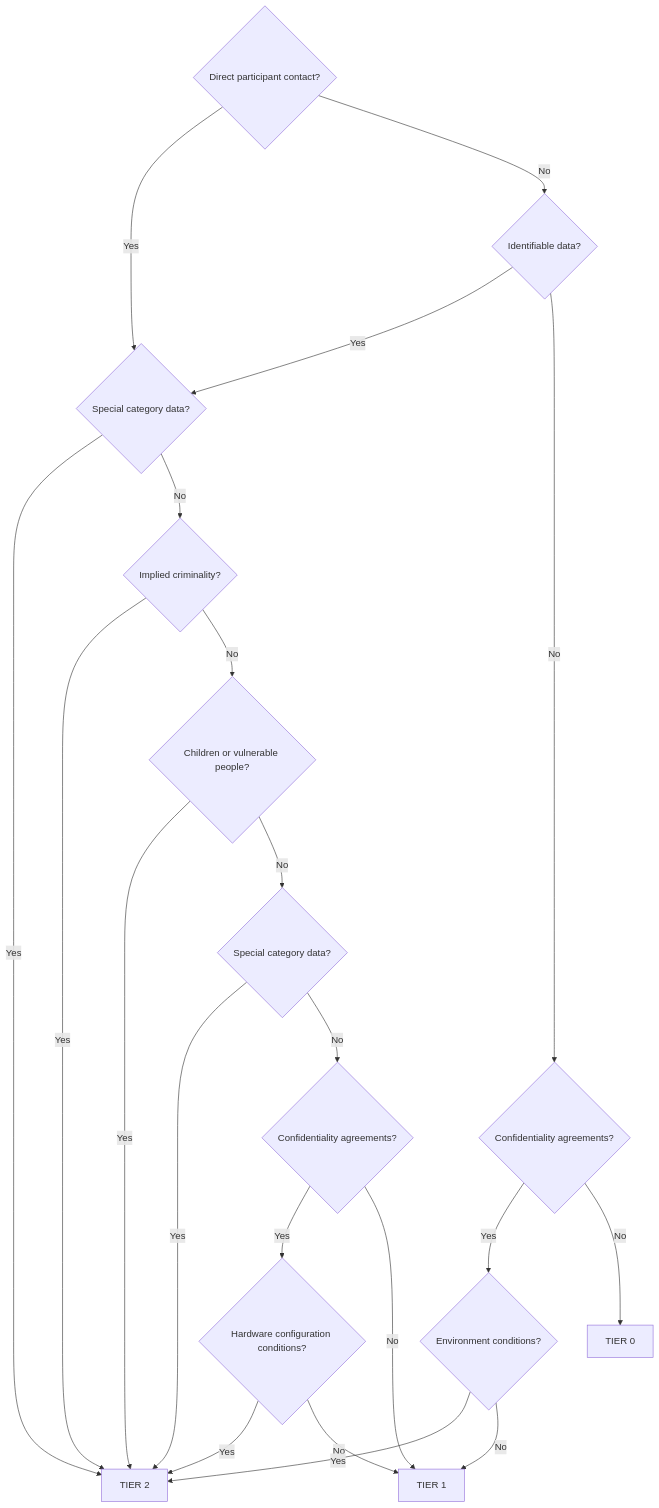
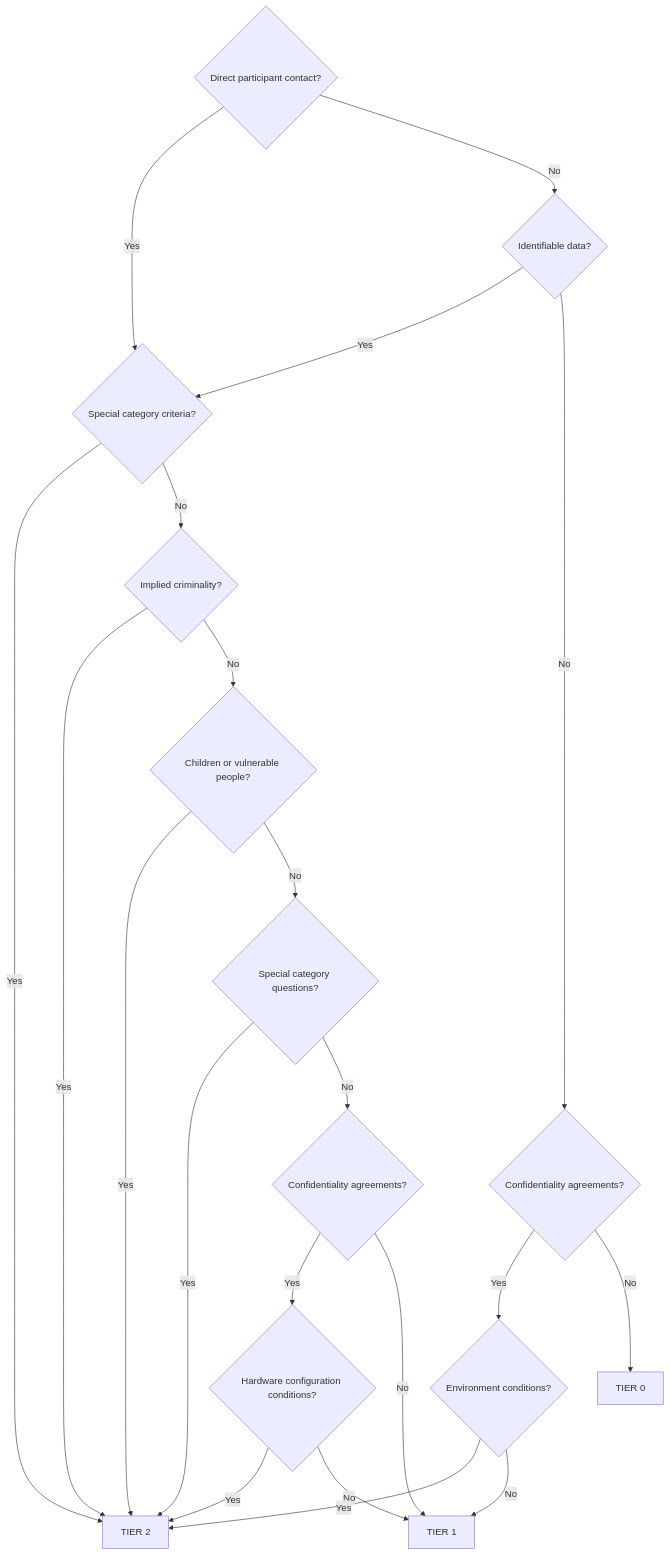
One commit to UCL-RITS/anonymisation-guidance changed the diagram in README.md. Above: the diagram before and after it, drawn with Mermaid.

Commit message:
Updates flowchart

````diff
--- a/README.md
+++ b/README.md
@@ -2,34 +2,34 @@
 ```mermaid
 flowchart TD
 
 	A{Direct participant contact?};
-	A -- Yes --> C{Special category data?};
+	A -- Yes --> C{Special category criteria?};
 	A -- No --> B{Identifiable data?};
 	B{Identifiable data?};
-	B -- Yes --> C{Special category data?};
+	B -- Yes --> C{Special category criteria?};
 	B -- No --> I{Confidentiality agreements?};
-	C{Special category data?};
+	C{Special category criteria?};
 	C -- Yes --> TIER_2[TIER 2];
 	C -- No --> D{Implied criminality?};
 	D{Implied criminality?};
 	D -- Yes --> TIER_2[TIER 2];
 	D -- No --> E{Children or vulnerable people?};
 	E{Children or vulnerable people?};
 	E -- Yes --> TIER_2[TIER 2];
-	E -- No --> F{Special category data?};
-	F{Special category data?};
+	E -- No --> F{Special category questions?};
+	F{Special category questions?};
 	F -- Yes --> TIER_2[TIER 2];
 	F -- No --> G{Confidentiality agreements?};
 	G{Confidentiality agreements?};
 	G -- Yes --> H{Hardware configuration conditions?};
 	G -- No --> TIER_1[TIER 1];
 	H{Hardware configuration conditions?};
 	H -- Yes --> TIER_2[TIER 2];
 	H -- No --> TIER_1[TIER 1];
 	I{Confidentiality agreements?};
 	I -- Yes --> J{Environment conditions?};
 	I -- No --> TIER_0[TIER 0];
 	J{Environment conditions?};
 	J -- Yes --> TIER_2[TIER 2];
 	J -- No --> TIER_1[TIER 1];
 ```
````
